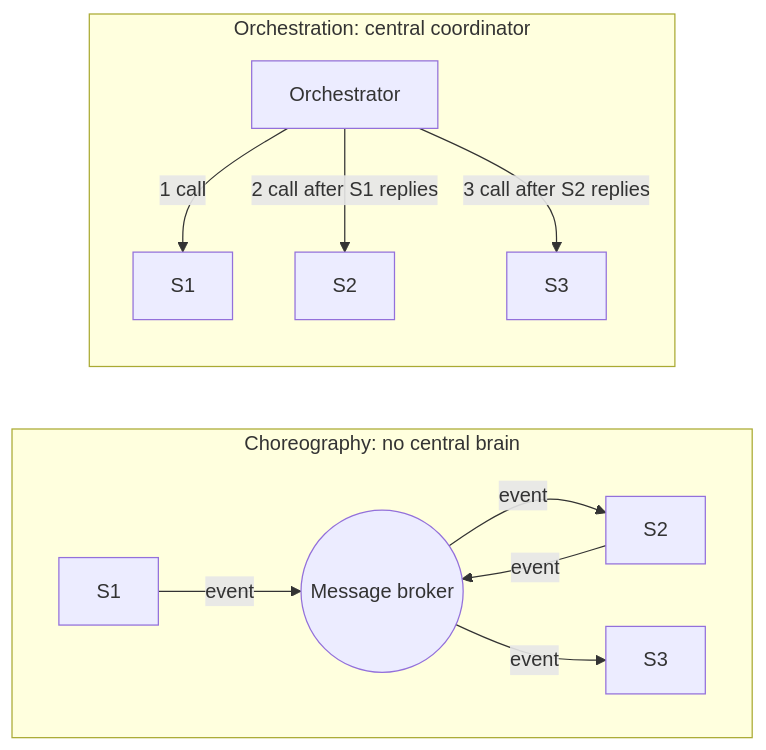
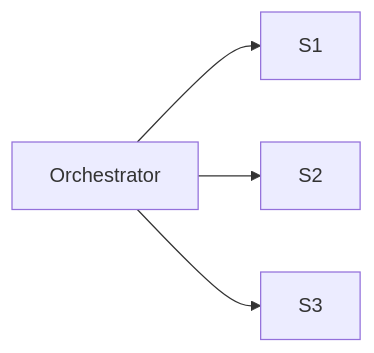
Diagram 11 of 13 in HLD/03_04_Microservices_Design_Patterns_Notes.md (notnotnithin/System-Design-Notes), drawn with Mermaid before and after one commit. The commit also changed other lines of this file and 80 other files, not shown here.

````diff
--- a/HLD/03_04_Microservices_Design_Patterns_Notes.md
+++ b/HLD/03_04_Microservices_Design_Patterns_Notes.md
@@ -276,16 +270,6 @@
 ```mermaid
 graph LR
-  subgraph CH["Choreography: no central brain"]
-    direction LR
-    A1["S1"] -->|"event"| BR(("Message broker"))
-    BR -->|"event"| A2["S2"]
-    A2 -->|"event"| BR
-    BR -->|"event"| A3["S3"]
-  end
-  subgraph OR["Orchestration: central coordinator"]
-    direction TB
-    O["Orchestrator"] -->|"1 call"| B1["S1"]
-    O -->|"2 call after S1 replies"| B2["S2"]
-    O -->|"3 call after S2 replies"| B3["S3"]
-  end
+  O["Orchestrator"] --> S1["S1"]
+  O --> S2["S2"]
+  O --> S3["S3"]
 ```
````
